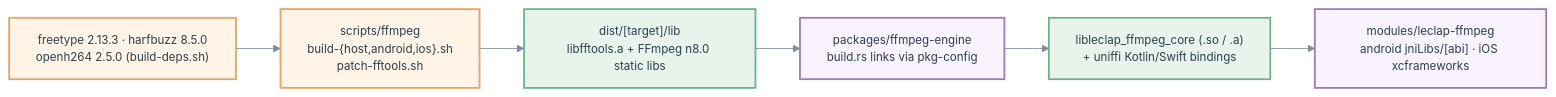
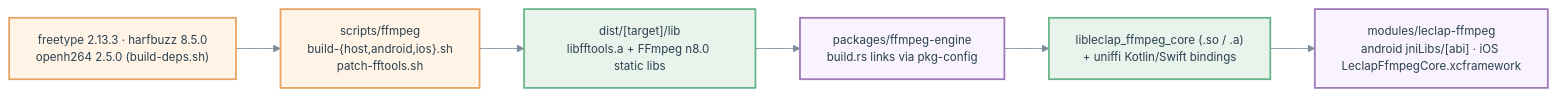
The second of 2 diagrams in docs/on-device-compilation.md (heristop/leclap), drawn with Mermaid before and after one commit. The commit also changed other lines of this file and 1 other file, not shown here.

````diff
--- a/docs/on-device-compilation.md
+++ b/docs/on-device-compilation.md
@@ -95,27 +95,27 @@
 ```mermaid
 %%{init: {
   'theme': 'base',
   'themeVariables': {
     'fontFamily': 'system-ui',
     'fontSize': '13px',
     'primaryColor': '#fff',
     'primaryTextColor': '#2A3F4D',
     'primaryBorderColor': '#7C8D9D',
     'lineColor': '#7C8D9D',
     'tertiaryColor': '#fff'
   }
 }}%%
 graph LR
     classDef build fill:#FFF4E6,stroke:#E8A364,stroke-width:2px
     classDef artifact fill:#E8F3EC,stroke:#67B58A,stroke-width:2px
     classDef native fill:#F9F3FF,stroke:#9D7AB8,stroke-width:2px
 
     deps["freetype 2.13.3 · harfbuzz 8.5.0<br/>openh264 2.5.0 (build-deps.sh)"]:::build
     scripts["scripts/ffmpeg<br/>build-{host,android,ios}.sh<br/>patch-fftools.sh"]:::build
     dist["dist/[target]/lib<br/>libfftools.a + FFmpeg n8.0 static libs"]:::artifact
     crate["packages/ffmpeg-engine<br/>build.rs links via pkg-config"]:::native
     so["libleclap_ffmpeg_core (.so / .a)<br/>+ uniffi Kotlin/Swift bindings"]:::artifact
-    jni["modules/leclap-ffmpeg<br/>android jniLibs/[abi] · iOS xcframeworks"]:::native
+    jni["modules/leclap-ffmpeg<br/>android jniLibs/[abi] · iOS LeclapFfmpegCore.xcframework"]:::native
 
     deps --> scripts --> dist --> crate --> so --> jni
 ```
````
